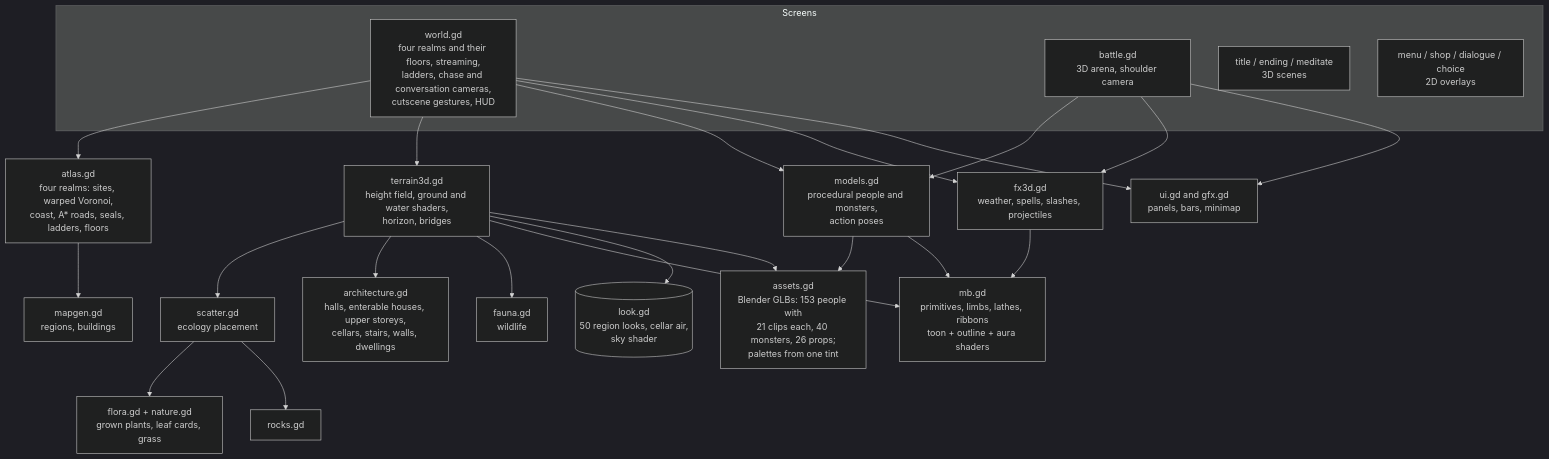
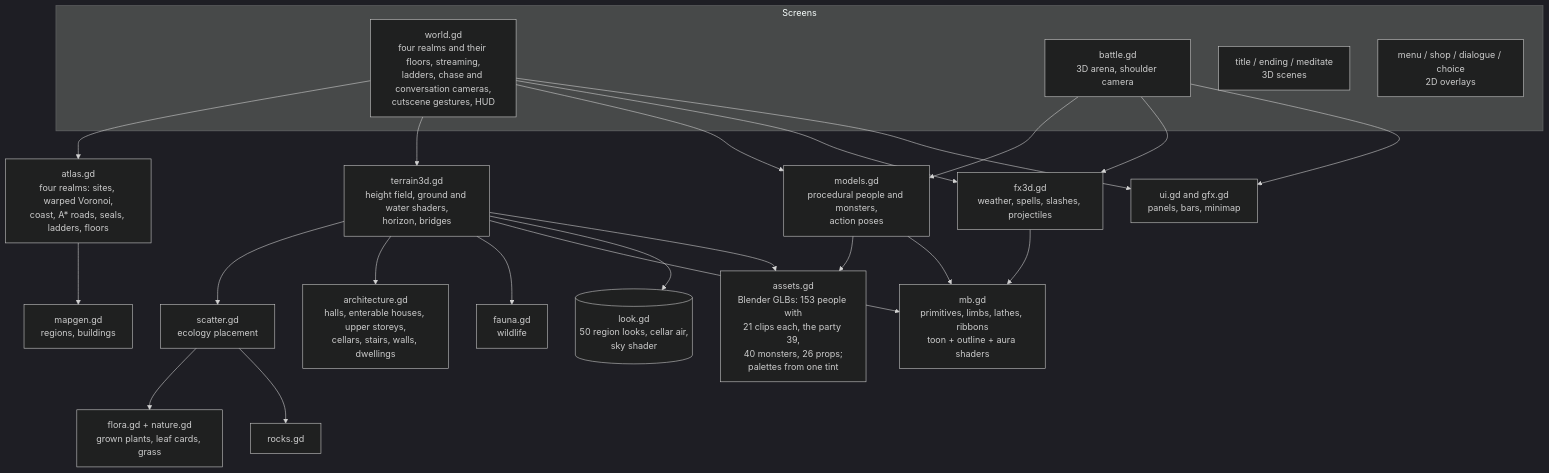
One commit to jgyy/timegox changed diagram 23 of 24 in README.md. Above: the diagram before and after it, drawn with Mermaid (dark theme). The commit also changed other lines of this file and 31 other files, not shown here.

````diff
--- a/README.md
+++ b/README.md
@@ -1238,29 +1429,29 @@
 ```mermaid
 flowchart TD
     subgraph Screens
         W[world.gd<br/>four realms and their floors, streaming,<br/>ladders, chase and conversation cameras,<br/>cutscene gestures, HUD]
         B[battle.gd<br/>3D arena, shoulder camera]
         T[title / ending / meditate<br/>3D scenes]
         M[menu / shop / dialogue / choice<br/>2D overlays]
     end
     W --> ATL[atlas.gd<br/>four realms: sites, warped Voronoi,<br/>coast, A* roads, seals, ladders, floors]
     ATL --> MG2[mapgen.gd<br/>regions, buildings]
     W --> TER[terrain3d.gd<br/>height field, ground and water shaders,<br/>horizon, bridges]
     TER --> SC[scatter.gd<br/>ecology placement]
     SC --> FL[flora.gd + nature.gd<br/>grown plants, leaf cards, grass]
     SC --> RK[rocks.gd]
     TER --> ARC[architecture.gd<br/>halls, enterable houses, upper storeys,<br/>cellars, stairs, walls, dwellings]
     TER --> FA[fauna.gd<br/>wildlife]
     W --> MOD[models.gd<br/>procedural people and monsters,<br/>action poses]
-    MOD --> AS[assets.gd<br/>Blender GLBs: 153 people with<br/>21 clips each, 40 monsters, 26 props;<br/>palettes from one tint]
+    MOD --> AS[assets.gd<br/>Blender GLBs: 153 people with<br/>21 clips each, the party 39,<br/>40 monsters, 26 props;<br/>palettes from one tint]
     B --> MOD
     B --> FX[fx3d.gd<br/>weather, spells, slashes, projectiles]
     W --> FX
     TER --> MB[mb.gd<br/>primitives, limbs, lathes, ribbons<br/>toon + outline + aura shaders]
     MOD --> MB
     FX --> MB
     TER --> LK[(look.gd<br/>50 region looks, cellar air,<br/>sky shader)]
     TER --> AS
     W --> UI[ui.gd and gfx.gd<br/>panels, bars, minimap]
     B --> UI
 ```
````
